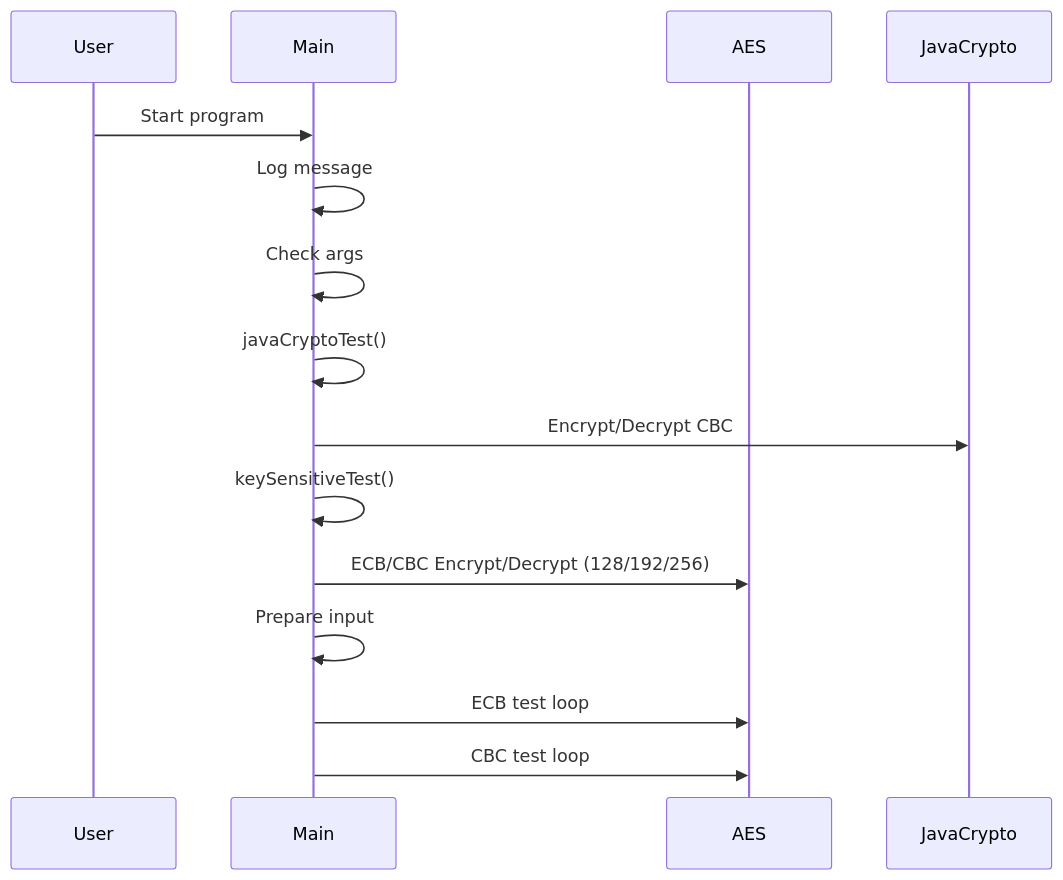
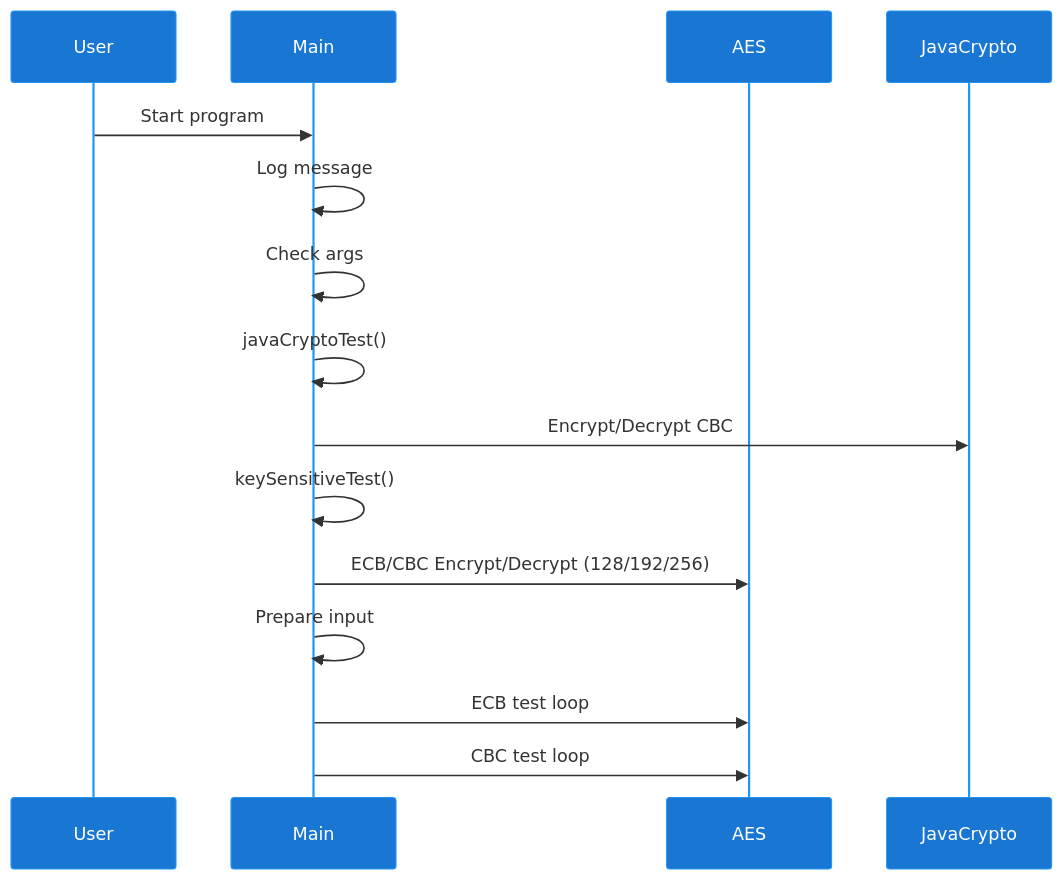
The diagram in README.md (senthil4321/tiny-AES), drawn with Mermaid before and after one commit.

Commit message:
Add theme initialization to sequence diagram in README

````diff
--- a/README.md
+++ b/README.md
@@ -24,17 +24,18 @@
 ```mermaid
 sequenceDiagram
+    %%{init: { 'theme': 'base', 'themeVariables': { 'actorTextColor': '#fff', 'actorBorder': '#2196f3', 'actorBkg': '#1976d2', 'actorLineColor': '#2196f3', 'messageLineColor': '#ff9800', 'messageTextColor': '#212121', 'labelBoxBkgColor': '#e3f2fd', 'labelBoxBorderColor': '#2196f3' } } }%%
     participant User
     participant Main
     participant AES
     participant JavaCrypto
     User->>Main: Start program
     Main->>Main: Log message
     Main->>Main: Check args
     Main->>Main: javaCryptoTest()
     Main->>JavaCrypto: Encrypt/Decrypt CBC
     Main->>Main: keySensitiveTest()
     Main->>AES: ECB/CBC Encrypt/Decrypt (128/192/256)
     Main->>Main: Prepare input
     Main->>AES: ECB test loop
     Main->>AES: CBC test loop
 ```
````
